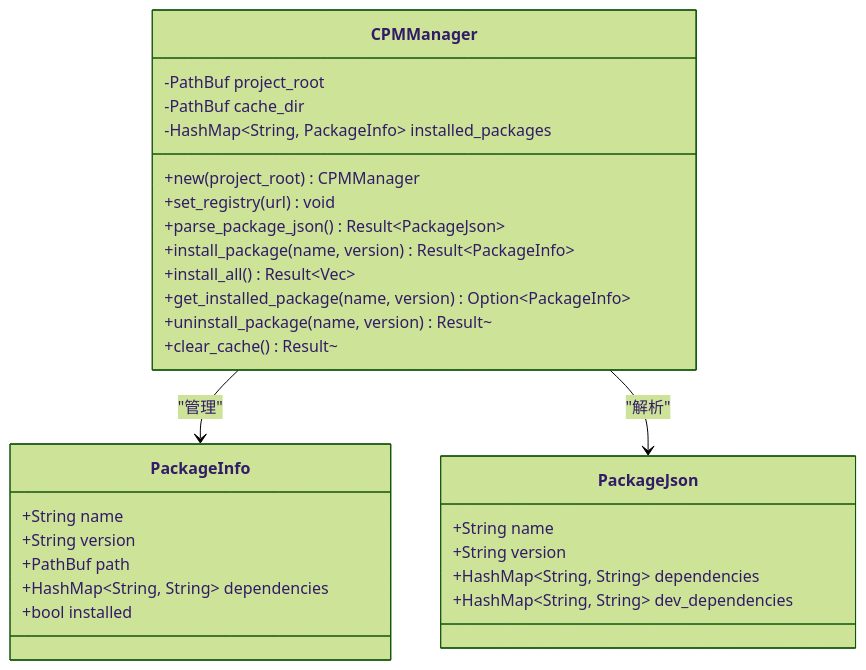
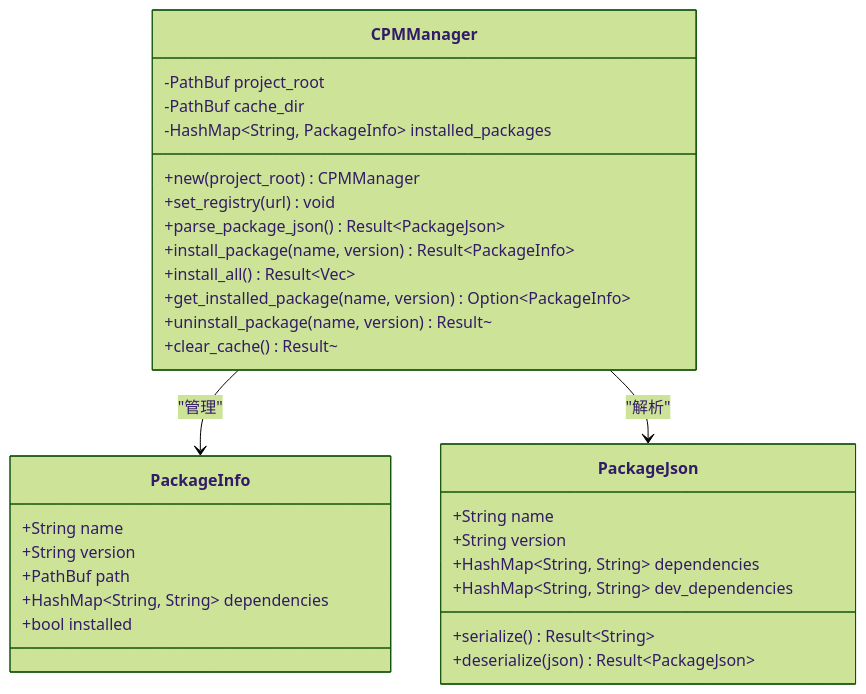
Before and after one commit to itszzl-sudo/iris: the fourth of 22 diagrams in .qoder/repowiki/zh/content/技术架构详解/JS沙箱运行时/Iris-JetCrab运行时.md, drawn with Mermaid (forest theme). The commit also changed other lines of this file and 34 other files, not shown here.

````diff
--- a/.qoder/repowiki/zh/content/技术架构详解/JS沙箱运行时/Iris-JetCrab运行时.md
+++ b/.qoder/repowiki/zh/content/技术架构详解/JS沙箱运行时/Iris-JetCrab运行时.md
@@ -252,31 +252,33 @@
 ```mermaid
 classDiagram
 class PackageInfo {
 +String name
 +String version
 +PathBuf path
 +HashMap~String, String~ dependencies
 +bool installed
 }
 class PackageJson {
 +String name
 +String version
 +HashMap~String, String~ dependencies
 +HashMap~String, String~ dev_dependencies
++serialize() Result~String~
++deserialize(json) Result~PackageJson~
 }
 class CPMManager {
 -PathBuf project_root
 -PathBuf cache_dir
 -HashMap~String, PackageInfo~ installed_packages
 +new(project_root) CPMManager
 +set_registry(url) void
 +parse_package_json() Result~PackageJson~
 +install_package(name, version) Result~PackageInfo~
 +install_all() Result~Vec~
 +get_installed_package(name, version) Option~PackageInfo~
 +uninstall_package(name, version) Result~
 +clear_cache() Result~
 }
 CPMManager --> PackageInfo : "管理"
 CPMManager --> PackageJson : "解析"
 ```
````
